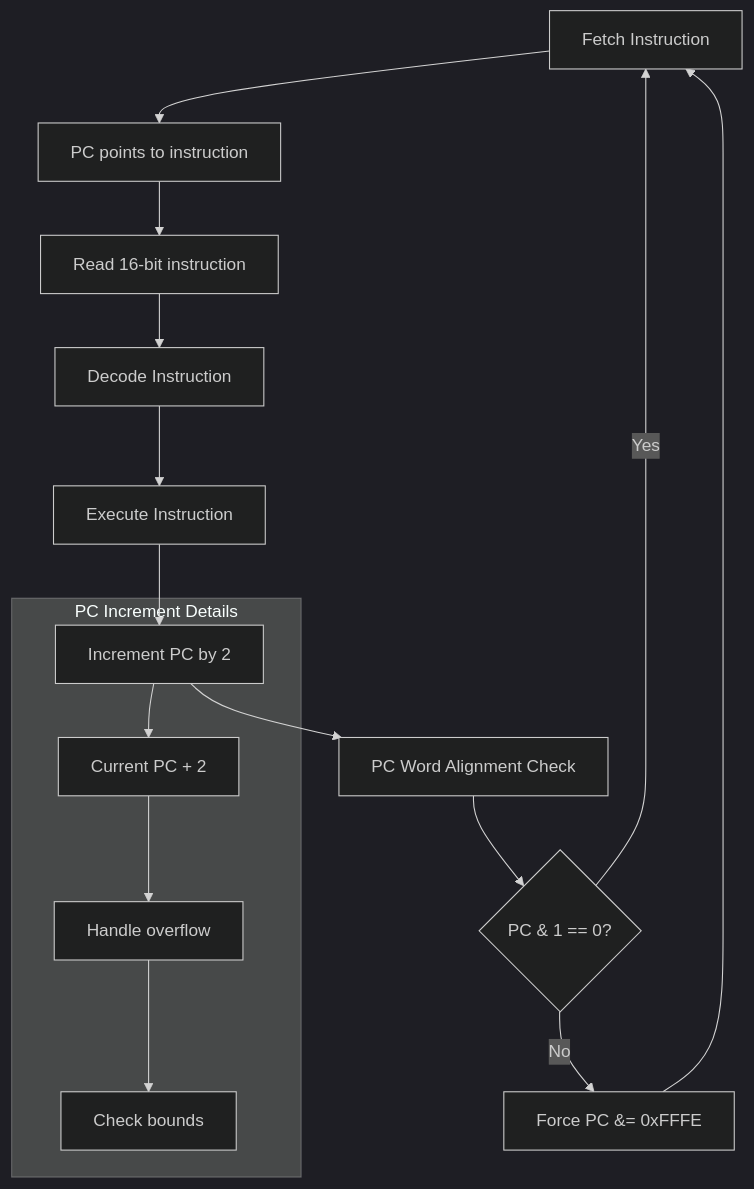
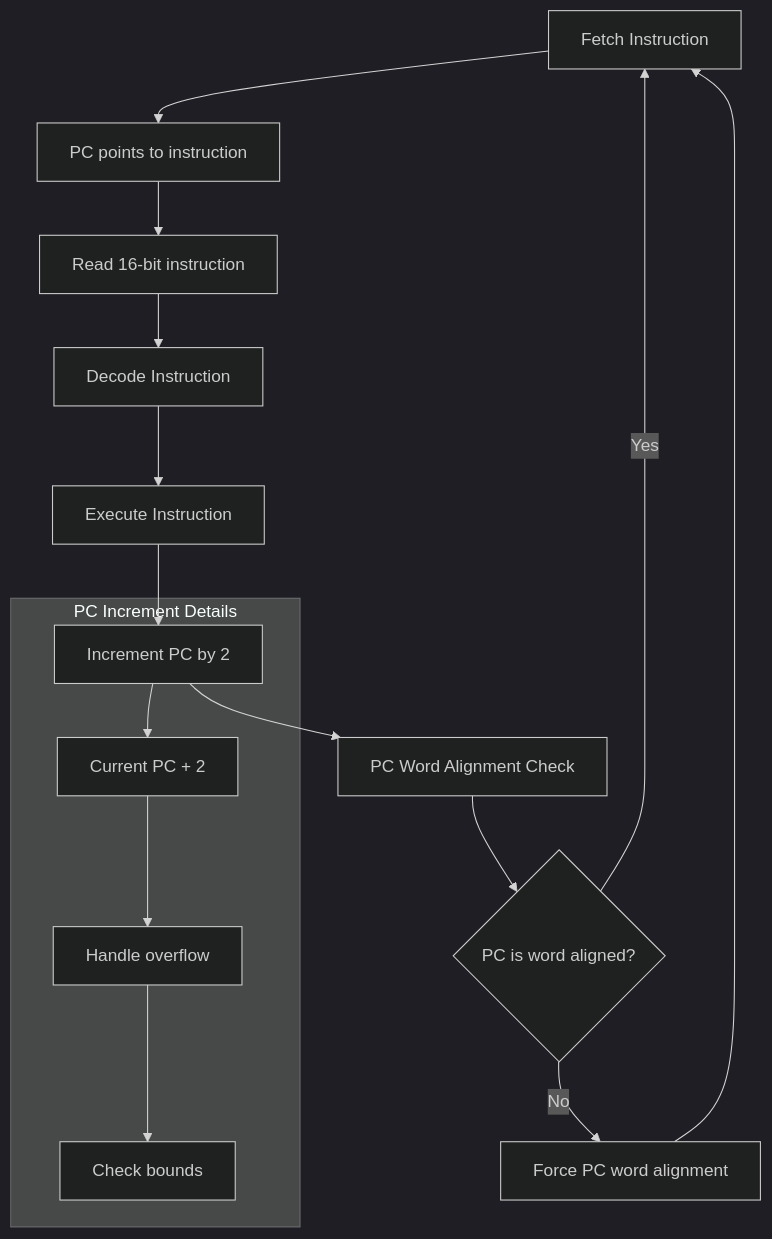
One commit to grahame-white/ai_msp430_emulator changed the third of 10 diagrams in docs/diagrams/cpu/pc_state_transitions.md. Above: the diagram before and after it, drawn with Mermaid (dark theme). The commit also changed other lines of this file, not shown here.

Commit message:
Fix remaining Mermaid diagram parsing errors by removing bitwise operators and complex expressions from node labels

````diff
--- a/docs/diagrams/cpu/pc_state_transitions.md
+++ b/docs/diagrams/cpu/pc_state_transitions.md
@@ -123,20 +123,20 @@
 ```mermaid
 flowchart TD
     A[Fetch Instruction] --> B[PC points to instruction]
     B --> C[Read 16-bit instruction]
     C --> D[Decode Instruction]
     D --> E[Execute Instruction]
     E --> F[Increment PC by 2]
     F --> G[PC Word Alignment Check]
-    G --> H{PC & 1 == 0?}
+    G --> H{PC is word aligned?}
     H -->|Yes| A
-    H -->|No| I[Force PC &= 0xFFFE]
+    H -->|No| I[Force PC word alignment]
     I --> A
     
     subgraph "PC Increment Details"
         F --> F1[Current PC + 2]
         F1 --> F2[Handle overflow]
         F2 --> F3[Check bounds]
     end
 
 ```
````
